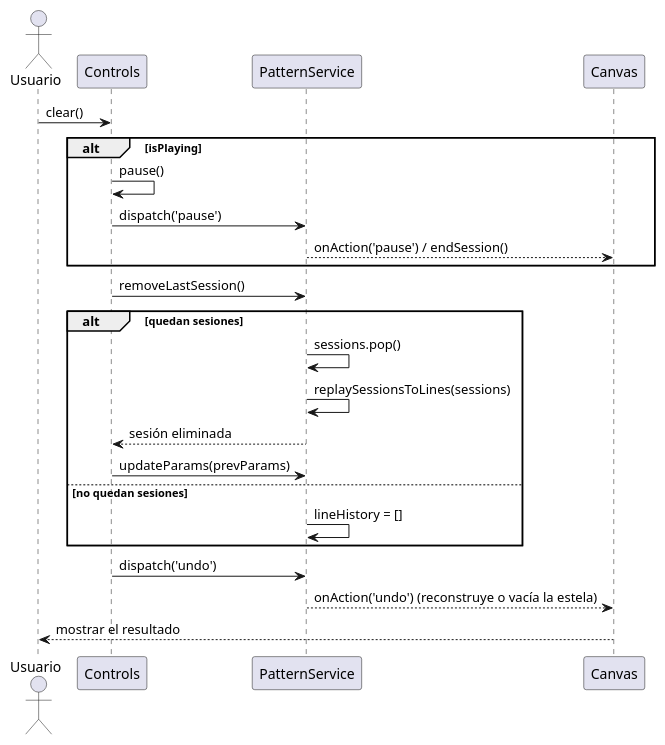
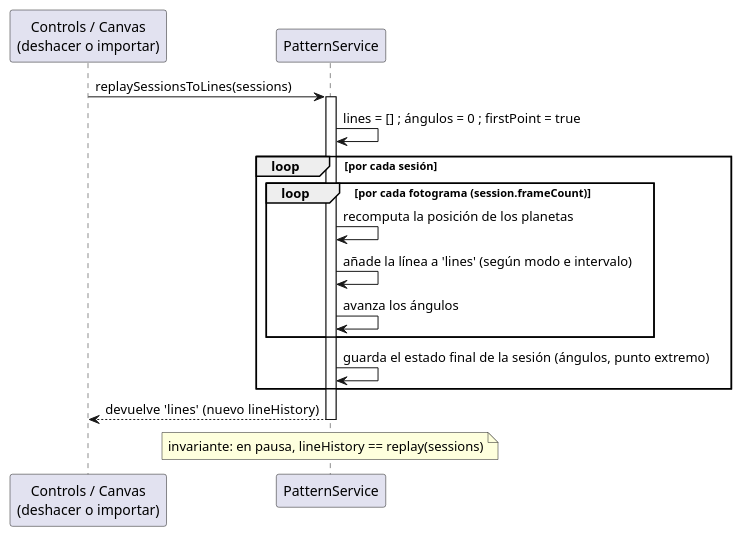
Before and after one commit to IgnacioMol/Epicycloid_generator: the third of 5 diagrams in claude/memoria-cap5-diseno.md, drawn with PlantUML. The commit also changed other lines of this file and 1 other file, not shown here.

````diff
--- a/claude/memoria-cap5-diseno.md
+++ b/claude/memoria-cap5-diseno.md
@@ -138,31 +164,21 @@
 ```plantuml
-@startuml SecDeshacerSesion
-actor Usuario
-participant "Controls" as C
+@startuml SecReconstruccionHistorial
+participant "Controls / Canvas\n(deshacer o importar)" as C
 participant "PatternService" as PS
-participant "Canvas" as CV
 
-Usuario -> C : clear()
-
-alt isPlaying
-  C -> C : pause()
-  C -> PS : dispatch('pause')
-  PS --> CV : onAction('pause') / endSession()
+C -> PS : replaySessionsToLines(sessions)
+activate PS
+PS -> PS : lines = [] ; ángulos = 0 ; firstPoint = true
+loop por cada sesión
+  loop por cada fotograma (session.frameCount)
+    PS -> PS : recomputa la posición de los planetas
+    PS -> PS : añade la línea a 'lines' (según modo e intervalo)
+    PS -> PS : avanza los ángulos
+  end
+  PS -> PS : guarda el estado final de la sesión (ángulos, punto extremo)
 end
-
-C -> PS : removeLastSession()
-
-alt quedan sesiones
-  PS -> PS : sessions.pop()
-  PS -> PS : replaySessionsToLines(sessions)
-  PS --> C : sesión eliminada
-  C -> PS : updateParams(prevParams)
-else no quedan sesiones
-  PS -> PS : lineHistory = []
-end
-
-C -> PS : dispatch('undo')
-PS --> CV : onAction('undo') (reconstruye o vacía la estela)
-CV --> Usuario : mostrar el resultado
+PS --> C : devuelve 'lines'  (nuevo lineHistory)
+deactivate PS
+note over PS : invariante: en pausa, lineHistory == replay(sessions)
 @enduml
 ```
````
